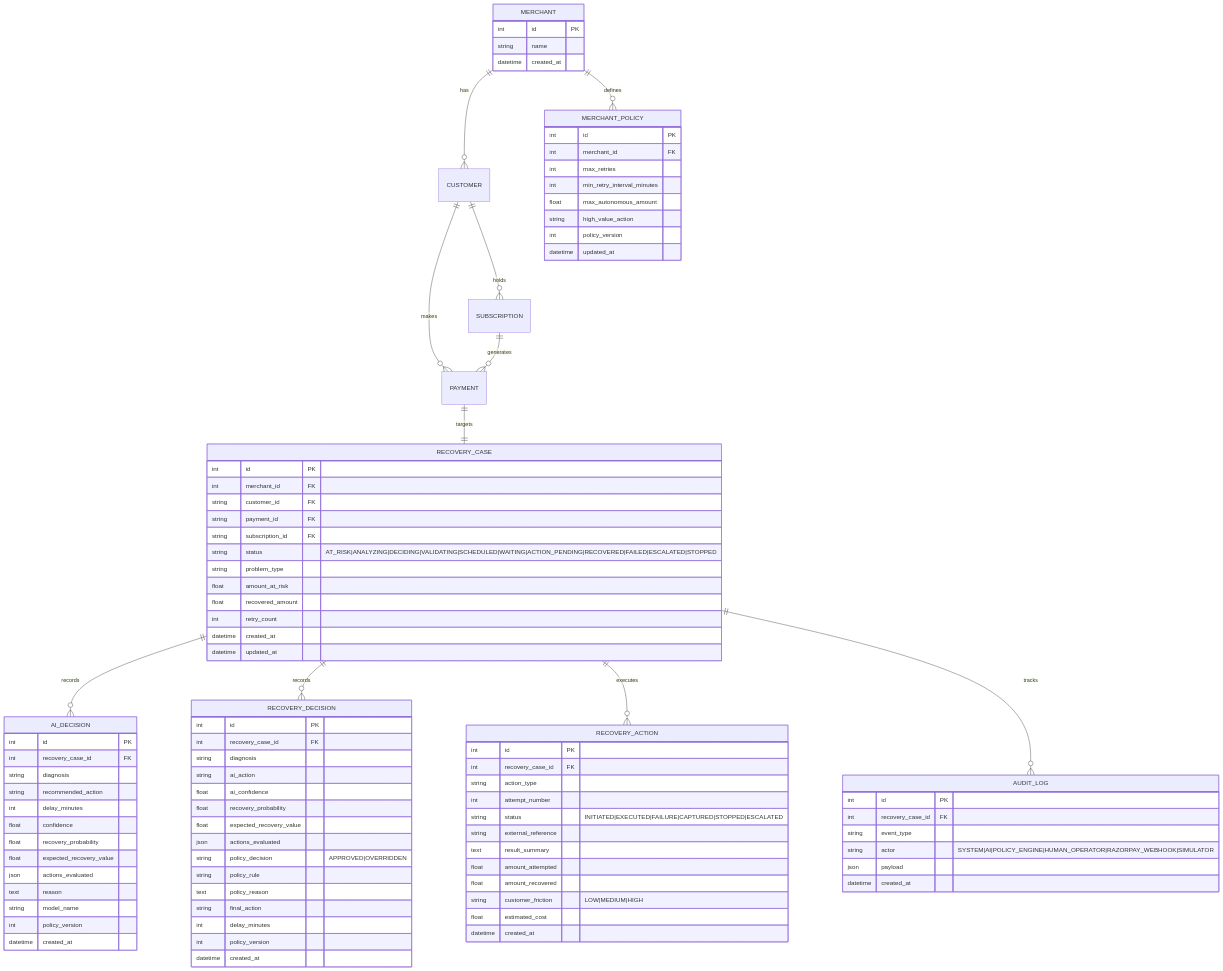
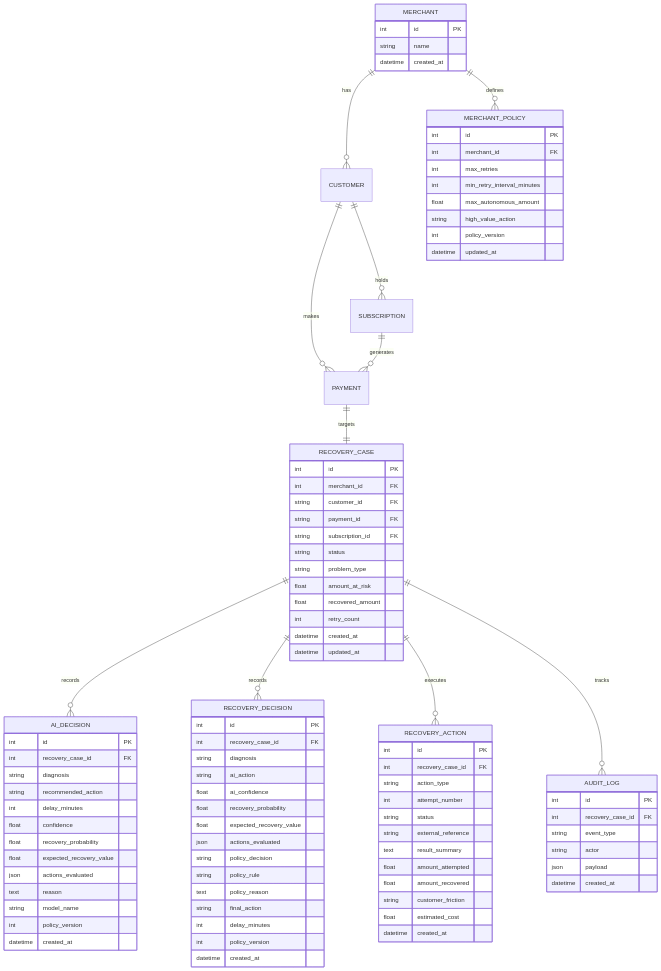
The third of 3 diagrams in docs/ARCHITECTURE.md (TwilightDawn7/AI-Revenue-Recovery-Agent), drawn with Mermaid before and after one commit. The commit also changed other lines of this file and 5 other files, not shown here.

Commit message:
fix(docs): resolve Mermaid syntax and parser compatibility issues in architecture and spec diagrams

```diff
--- a/docs/ARCHITECTURE.md
+++ b/docs/ARCHITECTURE.md
@@ -228,7 +215,7 @@
         string customer_id FK
         string payment_id FK
         string subscription_id FK
-        string status "AT_RISK|ANALYZING|DECIDING|VALIDATING|SCHEDULED|WAITING|ACTION_PENDING|RECOVERED|FAILED|ESCALATED|STOPPED"
+        string status
         string problem_type
         float amount_at_risk
         float recovered_amount
@@ -262,7 +249,7 @@
         float recovery_probability
         float expected_recovery_value
         json actions_evaluated
-        string policy_decision "APPROVED|OVERRIDDEN"
+        string policy_decision
         string policy_rule
         text policy_reason
         string final_action
@@ -276,12 +263,12 @@
         int recovery_case_id FK
         string action_type
         int attempt_number
-        string status "INITIATED|EXECUTED|FAILURE|CAPTURED|STOPPED|ESCALATED"
+        string status
         string external_reference
         text result_summary
         float amount_attempted
         float amount_recovered
-        string customer_friction "LOW|MEDIUM|HIGH"
+        string customer_friction
         float estimated_cost
         datetime created_at
     }
@@ -290,7 +277,7 @@
         int id PK
         int recovery_case_id FK
         string event_type
-        string actor "SYSTEM|AI|POLICY_ENGINE|HUMAN_OPERATOR|RAZORPAY_WEBHOOK|SIMULATOR"
+        string actor
         json payload
         datetime created_at
     }
```
